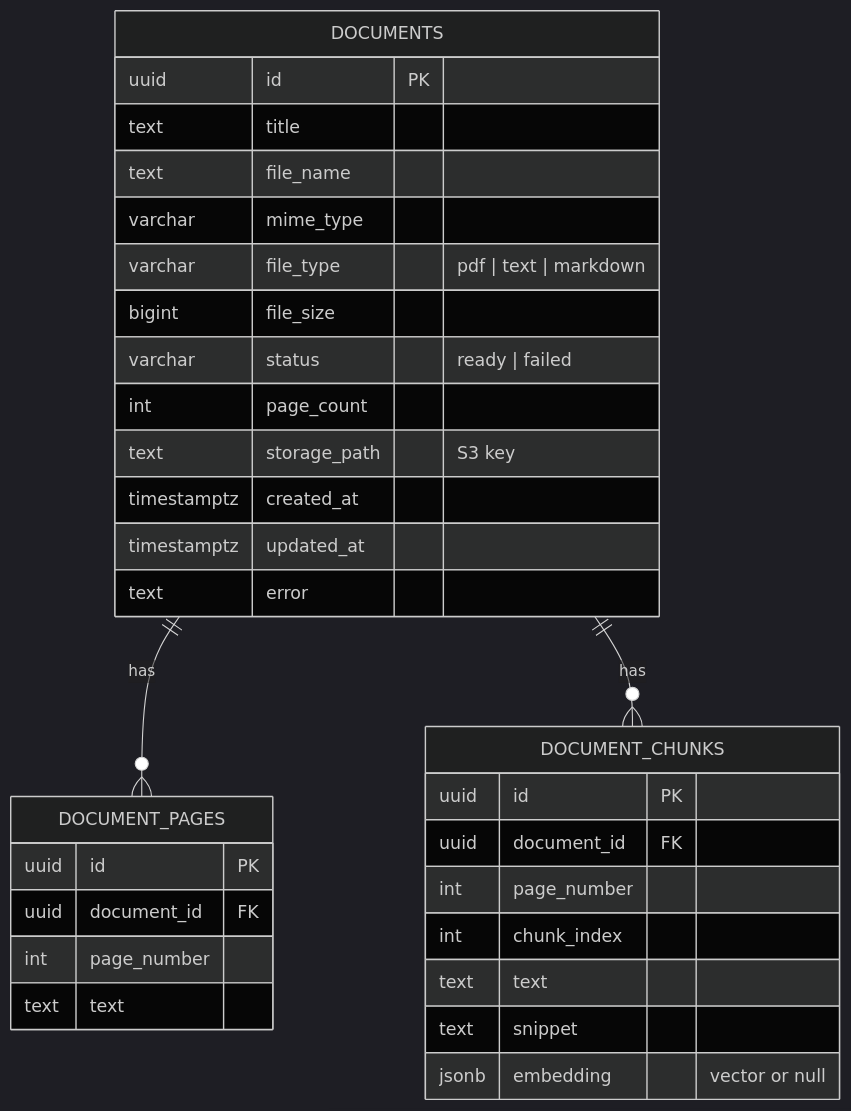
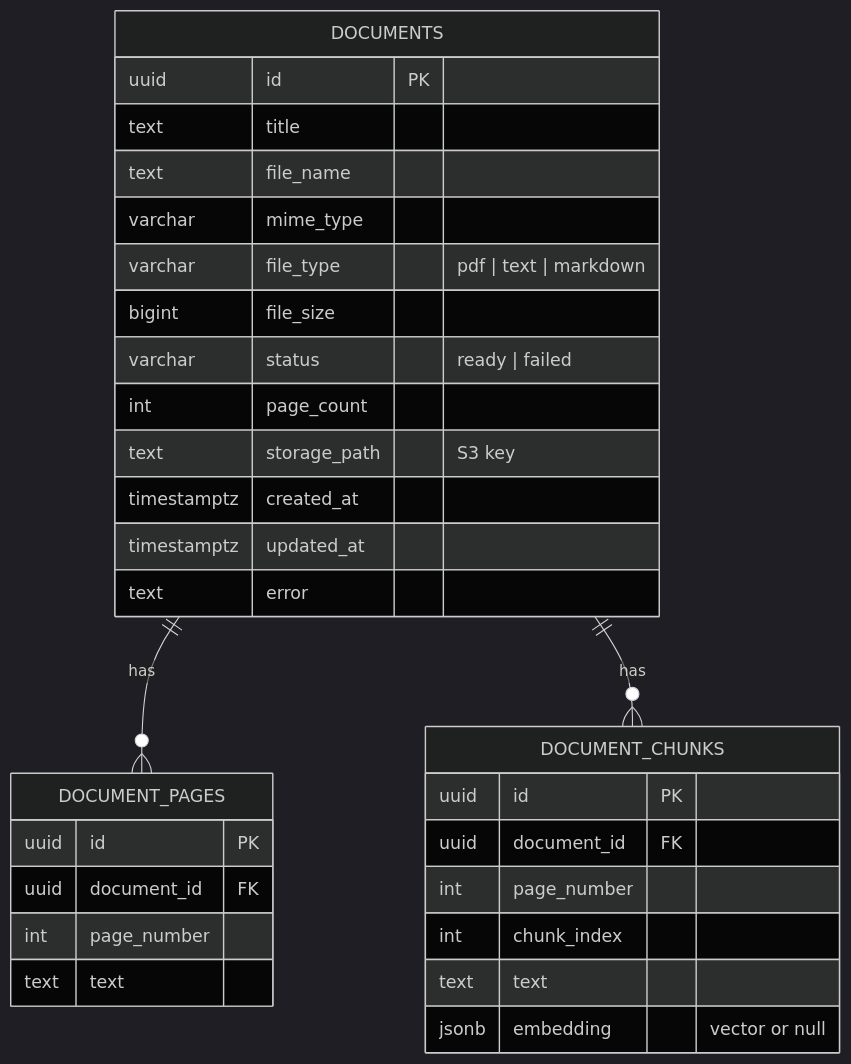
Before and after one commit to Rezkaudi/AI-Voice-Tutor-for-Documents-: the eighth of 8 diagrams in README.md, drawn with Mermaid (dark theme). The commit also changed other lines of this file and 11 other files, not shown here.

````diff
--- a/README.md
+++ b/README.md
@@ -466,37 +466,36 @@
 ```mermaid
 erDiagram
     DOCUMENTS ||--o{ DOCUMENT_PAGES : "has"
     DOCUMENTS ||--o{ DOCUMENT_CHUNKS : "has"
 
     DOCUMENTS {
         uuid id PK
         text title
         text file_name
         varchar mime_type
         varchar file_type "pdf | text | markdown"
         bigint file_size
         varchar status "ready | failed"
         int page_count
         text storage_path "S3 key"
         timestamptz created_at
         timestamptz updated_at
         text error
     }
 
     DOCUMENT_PAGES {
         uuid id PK
         uuid document_id FK
         int page_number
         text text
     }
 
     DOCUMENT_CHUNKS {
         uuid id PK
         uuid document_id FK
         int page_number
         int chunk_index
         text text
-        text snippet
         jsonb embedding "vector or null"
     }
 ```
````
